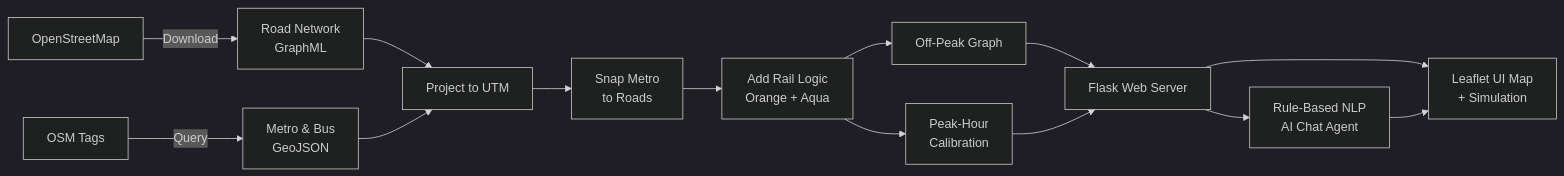
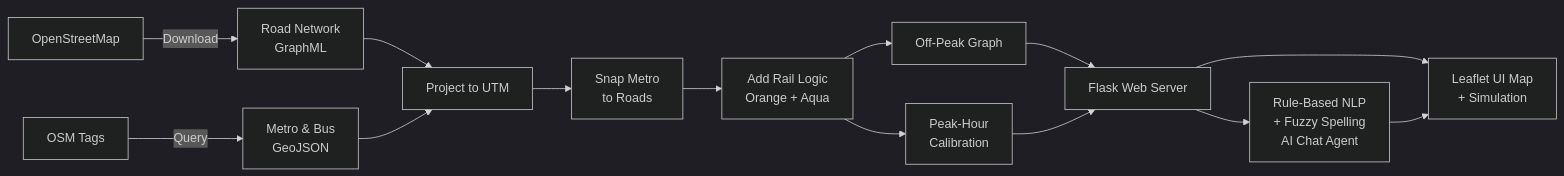
One commit to Suraj-8300/V-NEURON-X changed the diagram in README.md. Above: the diagram before and after it, drawn with Mermaid (dark theme). The commit also changed other lines of this file and 1 other file, not shown here.

````diff
--- a/README.md
+++ b/README.md
@@ -75,16 +76,16 @@
 ```mermaid
 graph LR
     A[OpenStreetMap] -->|Download| B[Road Network<br/>GraphML]
     C[OSM Tags] -->|Query| D[Metro & Bus<br/>GeoJSON]
     B --> E[Project to UTM]
     D --> E
     E --> F[Snap Metro<br/>to Roads]
     F --> G[Add Rail Logic<br/>Orange + Aqua]
     G --> H[Off-Peak Graph]
     G --> I[Peak-Hour<br/>Calibration]
     H --> J[Flask Web Server]
     I --> J
     J --> K[Leaflet UI Map<br/>+ Simulation]
-    J --> L[Rule-Based NLP<br/>AI Chat Agent]
+    J --> L[Rule-Based NLP<br/>+ Fuzzy Spelling<br/>AI Chat Agent]
     L --> K
 ```
````
